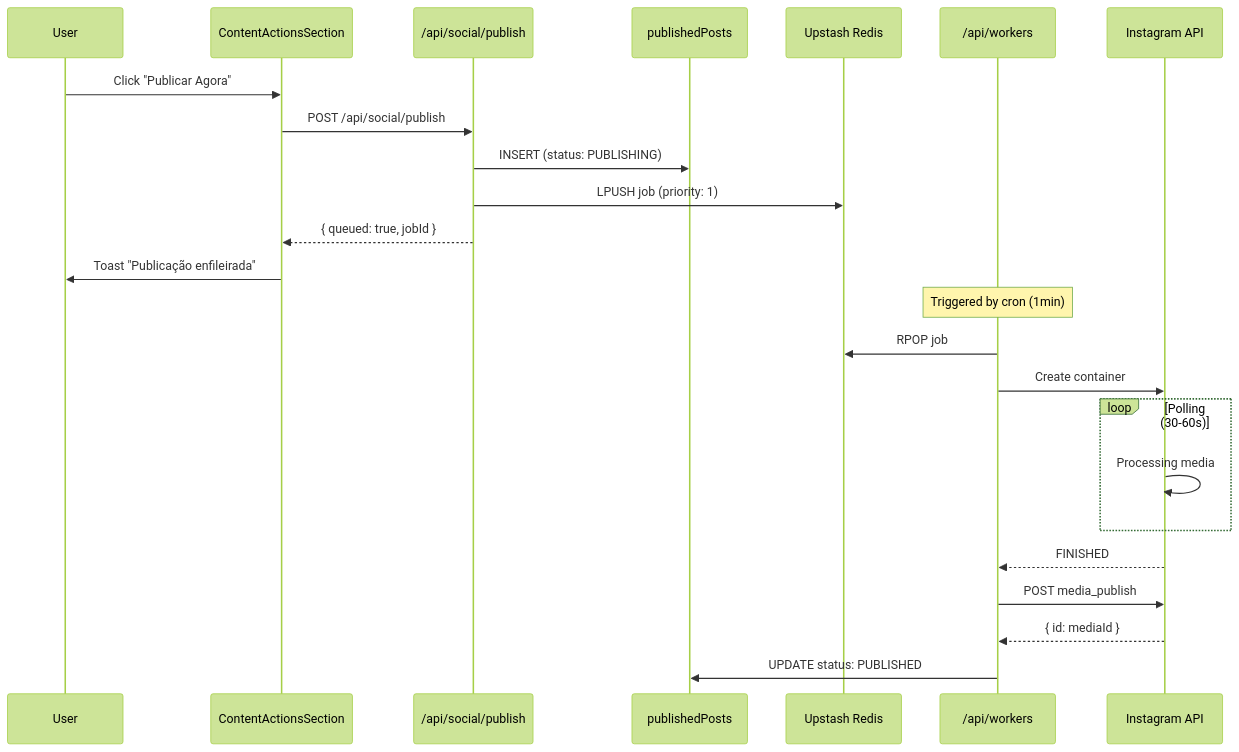
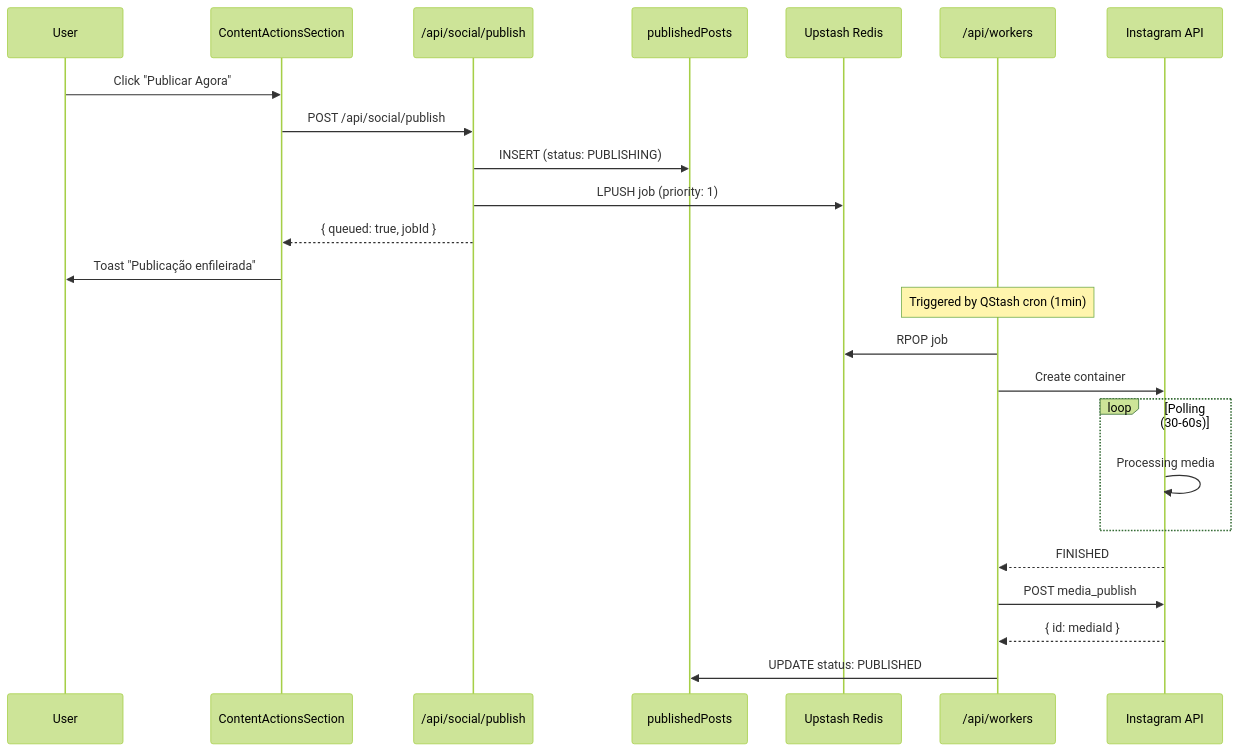
One commit to zoryon-dev/maquina-de-conteudo changed diagram 13 of 18 in .context/docs/architecture.md. Above: the diagram before and after it, drawn with Mermaid (forest theme). The commit also changed other lines of this file and 12 other files, not shown here.

First line of the commit message:
feat: implementar Upstash QStash para cron jobs

````diff
--- a/.context/docs/architecture.md
+++ b/.context/docs/architecture.md
@@ -1162,29 +1200,29 @@
 ```mermaid
 sequenceDiagram
     participant User
     participant UI as ContentActionsSection
     participant API as /api/social/publish
     participant DB as publishedPosts
     participant Queue as Upstash Redis
     participant Worker as /api/workers
     participant IG as Instagram API
 
     User->>UI: Click "Publicar Agora"
     UI->>API: POST /api/social/publish
     API->>DB: INSERT (status: PUBLISHING)
     API->>Queue: LPUSH job (priority: 1)
     API-->>UI: { queued: true, jobId }
     UI->>User: Toast "Publicação enfileirada"
 
-    Note over Worker: Triggered by cron (1min)
+    Note over Worker: Triggered by QStash cron (1min)
 
     Worker->>Queue: RPOP job
     Worker->>IG: Create container
     loop Polling (30-60s)
         IG->>IG: Processing media
     end
     IG-->>Worker: FINISHED
     Worker->>IG: POST media_publish
     IG-->>Worker: { id: mediaId }
     Worker->>DB: UPDATE status: PUBLISHED
 ```
````
